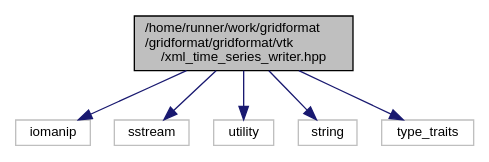
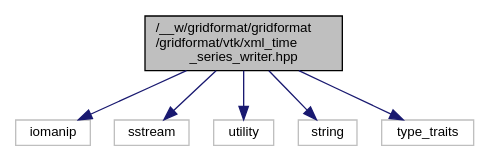
One commit to dglaeser/gridformat changed the diagram in xml__time__series__writer_8hpp__incl.dot. Above: the diagram before and after it, drawn with Graphviz. The commit also changed 329 other files, not shown here.

```diff
--- a/xml__time__series__writer_8hpp__incl.dot
+++ b/xml__time__series__writer_8hpp__incl.dot
@@ -1,17 +1,17 @@
-digraph "/home/runner/work/gridformat/gridformat/gridformat/vtk/xml_time_series_writer.hpp"
+digraph "/__w/gridformat/gridformat/gridformat/vtk/xml_time_series_writer.hpp"
 {
  // LATEX_PDF_SIZE
   edge [fontname="Helvetica",fontsize="10",labelfontname="Helvetica",labelfontsize="10"];
   node [fontname="Helvetica",fontsize="10",shape=record];
-  Node1 [label="/home/runner/work/gridformat\l/gridformat/gridformat/vtk\l/xml_time_series_writer.hpp",height=0.2,width=0.4,color="black", fillcolor="grey75", style="filled", fontcolor="black",tooltip="TODO: Doc me."];
+  Node1 [label="/__w/gridformat/gridformat\l/gridformat/vtk/xml_time\l_series_writer.hpp",height=0.2,width=0.4,color="black", fillcolor="grey75", style="filled", fontcolor="black",tooltip="TODO: Doc me."];
   Node1 -> Node2 [color="midnightblue",fontsize="10",style="solid",fontname="Helvetica"];
   Node2 [label="iomanip",height=0.2,width=0.4,color="grey75", fillcolor="white", style="filled",tooltip=" "];
   Node1 -> Node3 [color="midnightblue",fontsize="10",style="solid",fontname="Helvetica"];
   Node3 [label="sstream",height=0.2,width=0.4,color="grey75", fillcolor="white", style="filled",tooltip=" "];
   Node1 -> Node4 [color="midnightblue",fontsize="10",style="solid",fontname="Helvetica"];
   Node4 [label="utility",height=0.2,width=0.4,color="grey75", fillcolor="white", style="filled",tooltip=" "];
   Node1 -> Node5 [color="midnightblue",fontsize="10",style="solid",fontname="Helvetica"];
   Node5 [label="string",height=0.2,width=0.4,color="grey75", fillcolor="white", style="filled",tooltip=" "];
   Node1 -> Node6 [color="midnightblue",fontsize="10",style="solid",fontname="Helvetica"];
   Node6 [label="type_traits",height=0.2,width=0.4,color="grey75", fillcolor="white", style="filled",tooltip=" "];
 }
```
